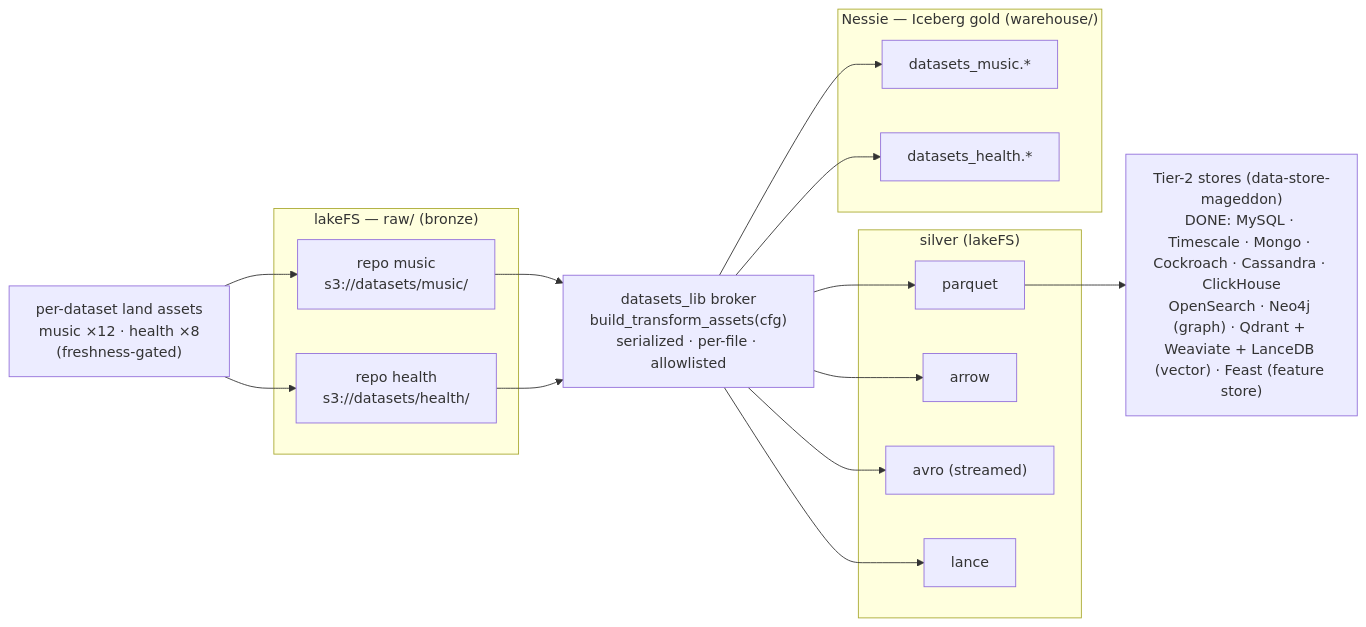
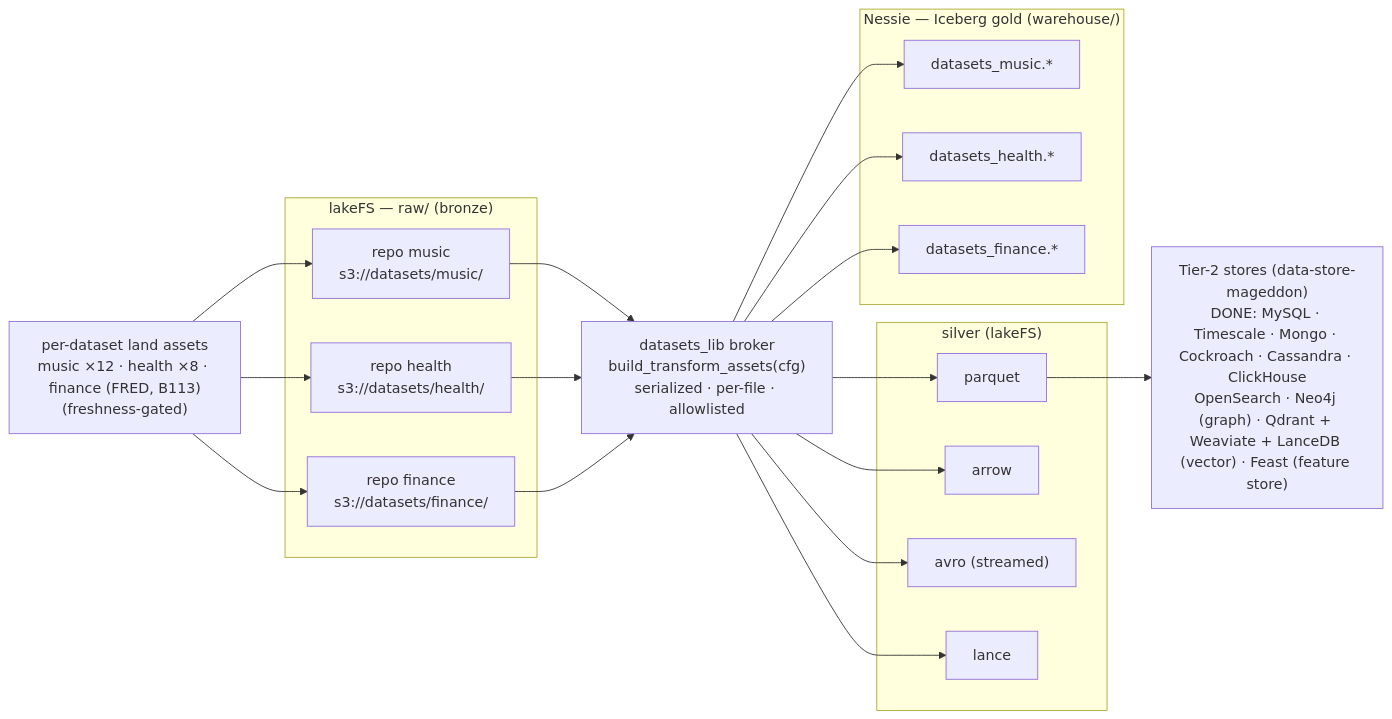
Before and after one commit to edtbl76/weyland-lab: the second of 3 diagrams in docs/arch.md, drawn with Mermaid. The commit also changed other lines of this file and 12 other files, not shown here.

First line of the commit message:
**Launch finance domain with integrated FRED macro slice**

````diff
--- a/docs/arch.md
+++ b/docs/arch.md
@@ -510,31 +517,36 @@
 ```mermaid
 flowchart LR
-  LAND["per-dataset land assets\nmusic ×12 · health ×8\n(freshness-gated)"]
+  LAND["per-dataset land assets\nmusic ×12 · health ×8 · finance (FRED, B113)\n(freshness-gated)"]
   subgraph LakeFS["lakeFS — raw/ (bronze)"]
     LM["repo music\ns3://datasets/music/"]
     LH["repo health\ns3://datasets/health/"]
+    LF["repo finance\ns3://datasets/finance/"]
   end
   BROKER["datasets_lib broker\nbuild_transform_assets(cfg)\nserialized · per-file · allowlisted"]
   subgraph Silver["silver (lakeFS)"]
     PQ["parquet"]
     AR["arrow"]
     AV["avro (streamed)"]
     LN["lance"]
   end
   subgraph Nessie["Nessie — Iceberg gold (warehouse/)"]
     NM["datasets_music.*"]
     NH["datasets_health.*"]
+    NF["datasets_finance.*"]
   end
   STORES["Tier-2 stores (data-store-mageddon)\nDONE: MySQL · Timescale · Mongo · Cockroach · Cassandra · ClickHouse\nOpenSearch · Neo4j (graph) · Qdrant + Weaviate + LanceDB (vector) · Feast (feature store)"]
   LAND --> LM
   LAND --> LH
+  LAND --> LF
   LM --> BROKER
   LH --> BROKER
+  LF --> BROKER
   BROKER --> PQ
   BROKER --> AR
   BROKER --> AV
   BROKER --> LN
   BROKER --> NM
   BROKER --> NH
+  BROKER --> NF
   PQ --> STORES
 ```
````
